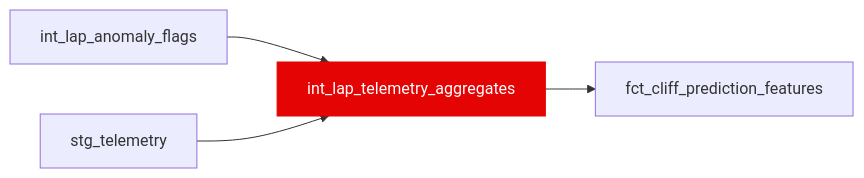
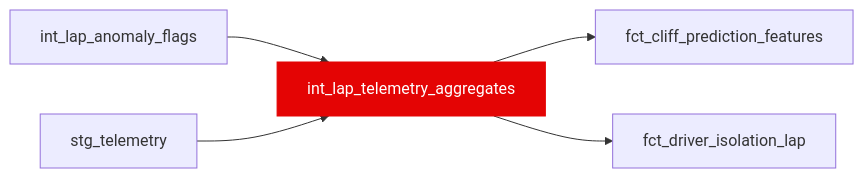
Before and after one commit to JustinClarke/off-the-pace: the diagram in docs/reference/models/int/int_lap_telemetry_aggregates.mdx, drawn with Mermaid. The commit also changed 79 other files, not shown here.

````diff
--- a/docs/reference/models/int/int_lap_telemetry_aggregates.mdx
+++ b/docs/reference/models/int/int_lap_telemetry_aggregates.mdx
@@ -15,7 +15,8 @@
 ```mermaid
 flowchart LR
   int_lap_anomaly_flags --> int_lap_telemetry_aggregates
   stg_telemetry --> int_lap_telemetry_aggregates
   int_lap_telemetry_aggregates --> fct_cliff_prediction_features
+  int_lap_telemetry_aggregates --> fct_driver_isolation_lap
   style int_lap_telemetry_aggregates fill:#e40404,stroke:#e40404,color:#fff
 ```
````
